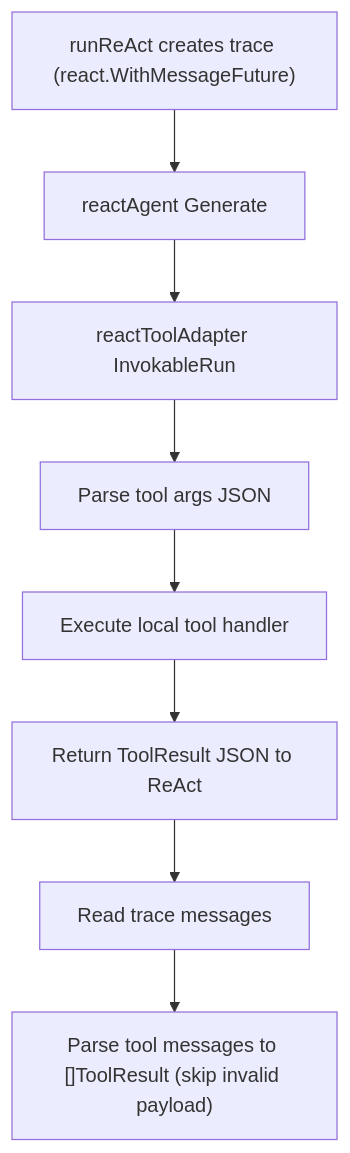
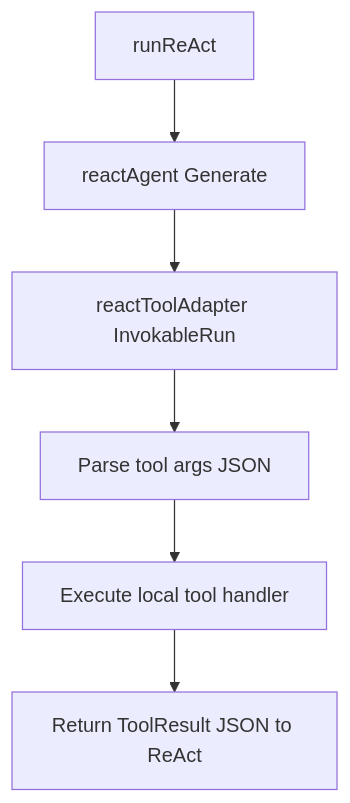
Before and after one commit to tanpawarit/Chative-Advanced-Task-Oriented-Dialogue: the second of 2 diagrams in flow_specialist.md, drawn with Mermaid. The commit also changed other lines of this file and 9 other files, not shown here.

Commit message:
refactor: Unify specialist agent prompts to a single structured JSON output format and generalize LLM graph compilation.

````diff
--- a/flow_specialist.md
+++ b/flow_specialist.md
@@ -35,10 +20,8 @@
 ```mermaid
 flowchart TD
-    A["runReAct creates trace (react.WithMessageFuture)"] --> B["reactAgent Generate"]
+    A["runReAct"] --> B["reactAgent Generate"]
     B --> C["reactToolAdapter InvokableRun"]
     C --> D["Parse tool args JSON"]
     D --> E["Execute local tool handler"]
     E --> F["Return ToolResult JSON to ReAct"]
-    F --> G["Read trace messages"]
-    G --> H["Parse tool messages to []ToolResult (skip invalid payload)"]
 ```
````
